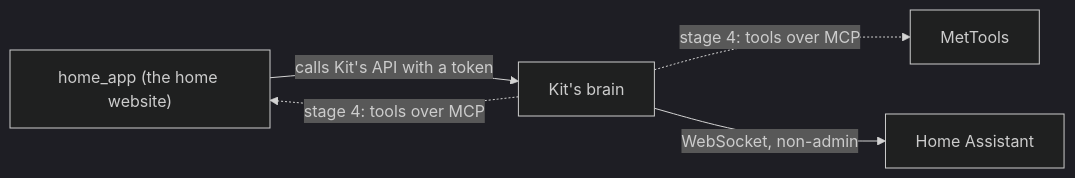
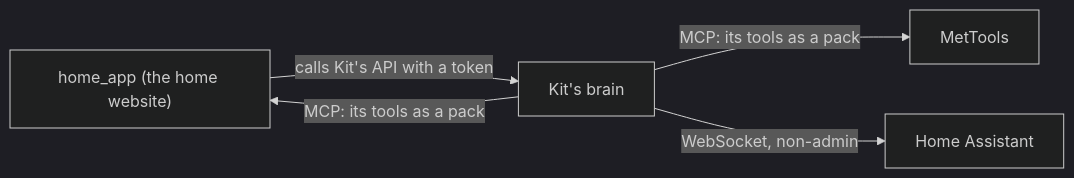
Before and after one commit to Senitage/Kit: the diagram in docs/2 How Kit Works/Other Apps.md, drawn with Mermaid (dark theme). The commit also changed other lines of this file and 22 other files, not shown here.

First line of the commit message:
Stage 4 part F1: your apps as packs, over MCP

````diff
--- a/docs/2 How Kit Works/Other Apps.md
+++ b/docs/2 How Kit Works/Other Apps.md
@@ -15,7 +17,7 @@
 ```mermaid
 flowchart LR
     Home["home_app (the home website)"] -- "calls Kit's API with a token" --> Kit["Kit's brain"]
-    Kit -. "stage 4: tools over MCP" .-> Home
-    Kit -. "stage 4: tools over MCP" .-> Met["MetTools"]
+    Kit -- "MCP: its tools as a pack" --> Met["MetTools"]
+    Kit -- "MCP: its tools as a pack" --> Home
     Kit -- "WebSocket, non-admin" --> HA["Home Assistant"]
 ```
````
